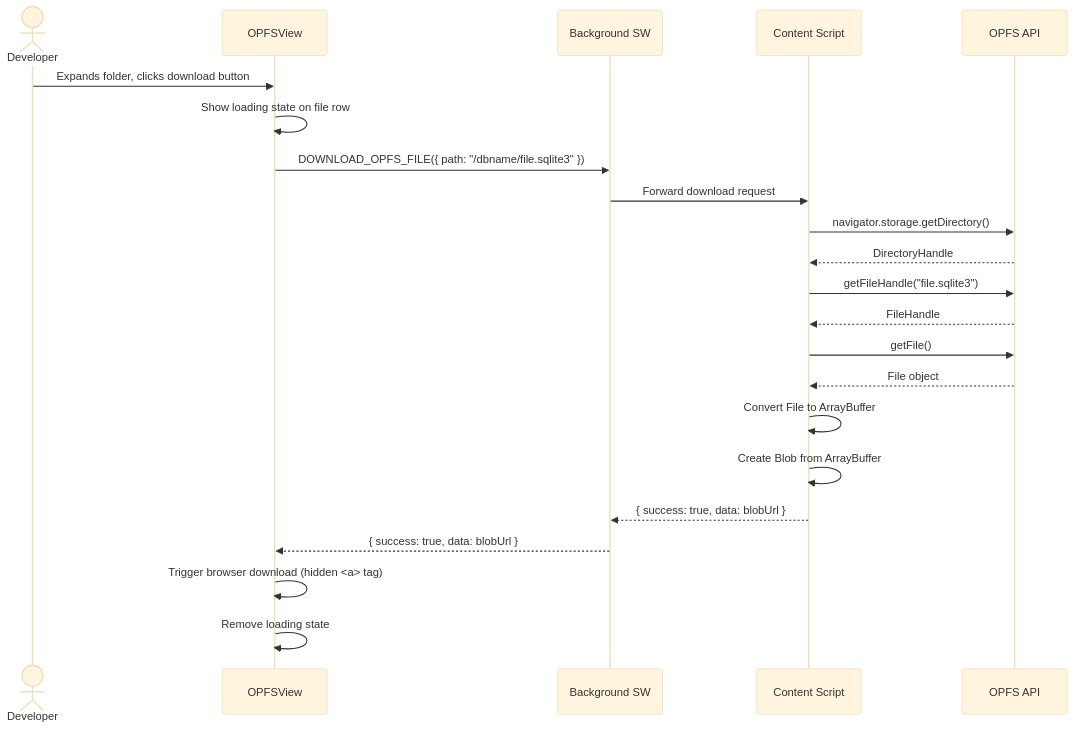
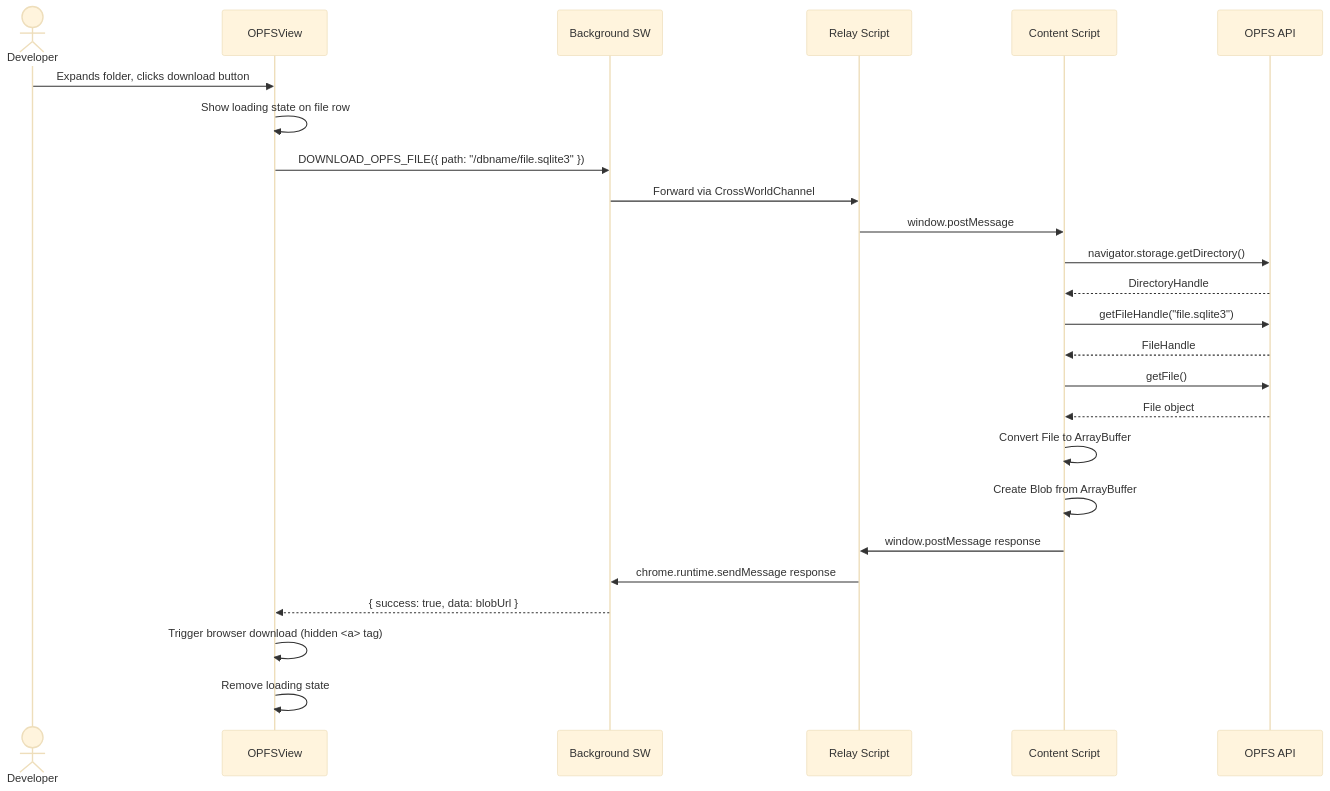
The eighth of 14 diagrams in agent-docs/03-architecture/02-dataflow.md (wuchuheng/web-sqlite-js-devtools), drawn with Mermaid (base theme) before and after one commit. The commit also changed other lines of this file and 18 other files, not shown here.

````diff
--- a/agent-docs/03-architecture/02-dataflow.md
+++ b/agent-docs/03-architecture/02-dataflow.md
@@ -244,27 +274,30 @@
 ```mermaid
 sequenceDiagram
     actor Dev as Developer
     participant Panel as OPFSView
     participant BG as Background SW
+    participant Relay as Relay Script
     participant CS as Content Script
     participant OPFS as OPFS API
 
     Dev->>Panel: Expands folder, clicks download button
     Panel->>Panel: Show loading state on file row
     Panel->>BG: DOWNLOAD_OPFS_FILE({ path: "/dbname/file.sqlite3" })
-    BG->>CS: Forward download request
+    BG->>Relay: Forward via CrossWorldChannel
+    Relay->>CS: window.postMessage
     CS->>OPFS: navigator.storage.getDirectory()
     OPFS-->>CS: DirectoryHandle
 
     CS->>OPFS: getFileHandle("file.sqlite3")
     OPFS-->>CS: FileHandle
     CS->>OPFS: getFile()
     OPFS-->>CS: File object
 
     CS->>CS: Convert File to ArrayBuffer
     CS->>CS: Create Blob from ArrayBuffer
-    CS-->>BG: { success: true, data: blobUrl }
+    CS->>Relay: window.postMessage response
+    Relay->>BG: chrome.runtime.sendMessage response
     BG-->>Panel: { success: true, data: blobUrl }
     Panel->>Panel: Trigger browser download (hidden <a> tag)
     Panel->>Panel: Remove loading state
 ```
````
